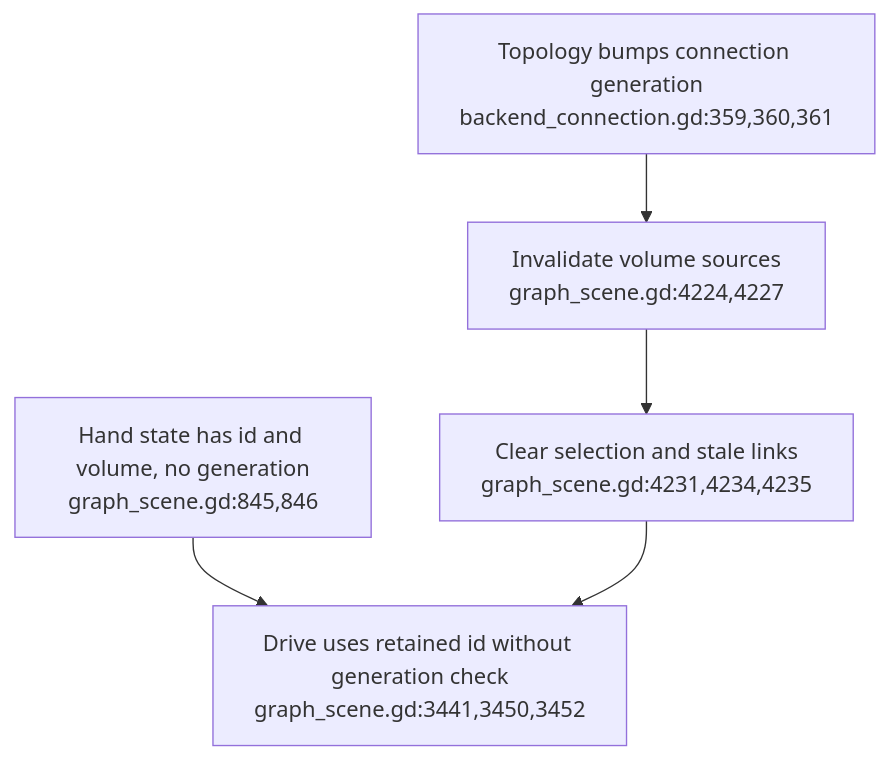
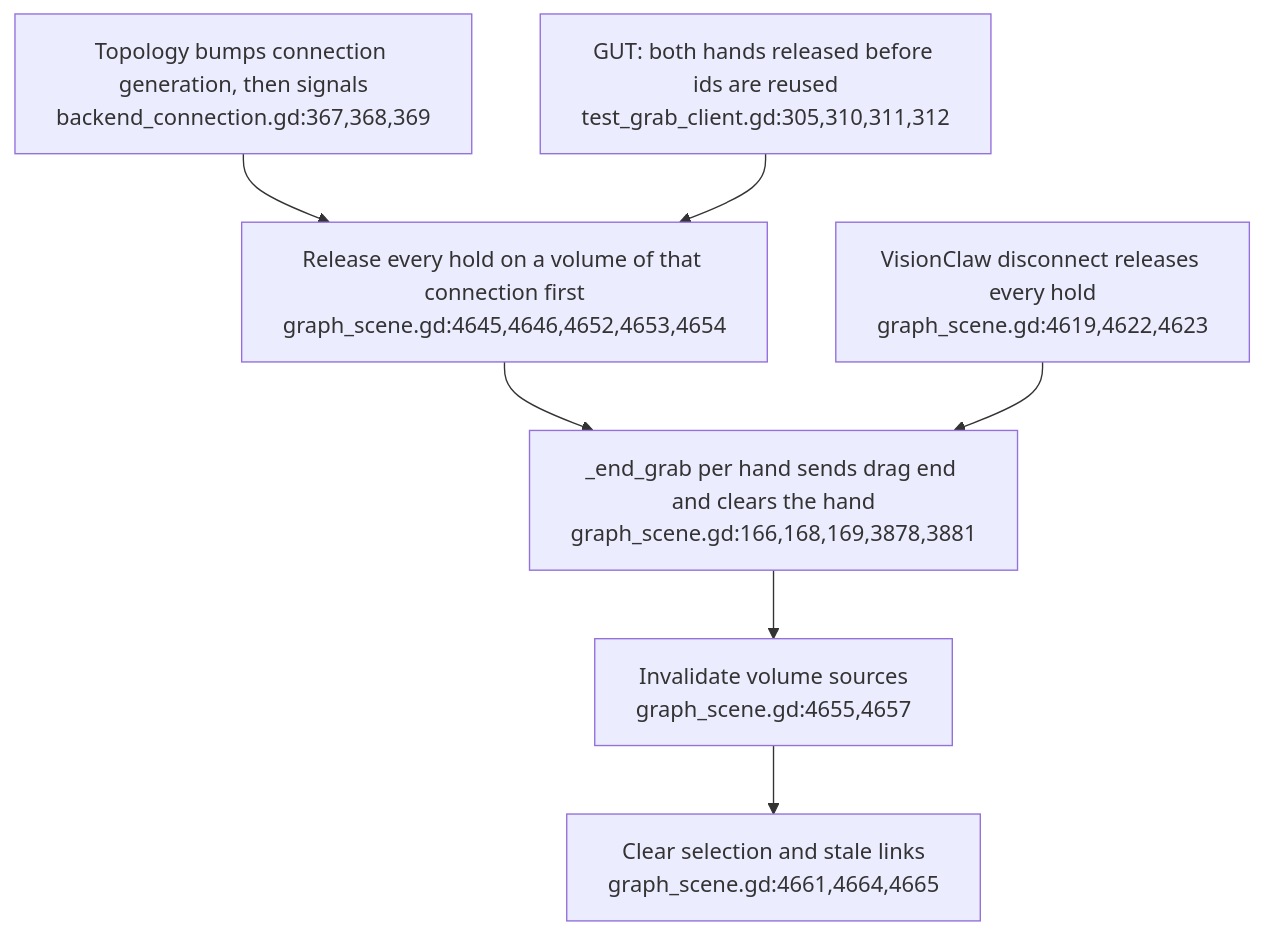
Before and after one commit to DreamLab-AI/VisionFlow: the second of 6 diagrams in docs/diagrams/visionclaw/53-xr-grab-lifetimes-and-input.md, drawn with Mermaid. The commit also changed other lines of this file and 56 other files, not shown here.

First line of the commit message:
docs(diagrams): re-verify VisionClaw topics at ec785afa9, add VC-19/56/57 and the VisionClaw register

````diff
--- a/docs/diagrams/visionclaw/53-xr-grab-lifetimes-and-input.md
+++ b/docs/diagrams/visionclaw/53-xr-grab-lifetimes-and-input.md
@@ -40,7 +41,9 @@
 ```mermaid
 flowchart TD
-    GEN["Topology bumps connection generation<br/>backend_connection.gd:359,360,361"] --> SOURCE["Invalidate volume sources<br/>graph_scene.gd:4224,4227"]
-    SOURCE --> CLEAR["Clear selection and stale links<br/>graph_scene.gd:4231,4234,4235"]
-    HOLD["Hand state has id and volume, no generation<br/>graph_scene.gd:845,846"] --> UPDATE["Drive uses retained id without generation check<br/>graph_scene.gd:3441,3450,3452"]
-    CLEAR --> UPDATE
+    GEN["Topology bumps connection generation, then signals<br/>backend_connection.gd:367,368,369"] --> RELEASE["Release every hold on a volume of that connection first<br/>graph_scene.gd:4645,4646,4652,4653,4654"]
+    RELEASE --> END["_end_grab per hand sends drag end and clears the hand<br/>graph_scene.gd:166,168,169,3878,3881"]
+    END --> SOURCE["Invalidate volume sources<br/>graph_scene.gd:4655,4657"]
+    SOURCE --> CLEAR["Clear selection and stale links<br/>graph_scene.gd:4661,4664,4665"]
+    DROP["VisionClaw disconnect releases every hold<br/>graph_scene.gd:4619,4622,4623"] --> END
+    TEST["GUT: both hands released before ids are reused<br/>test_grab_client.gd:305,310,311,312"] --> RELEASE
 ```
````
